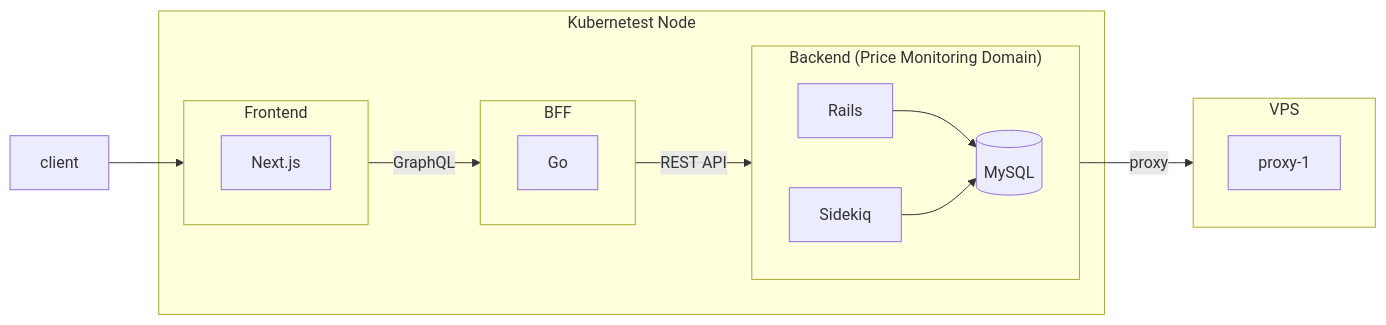
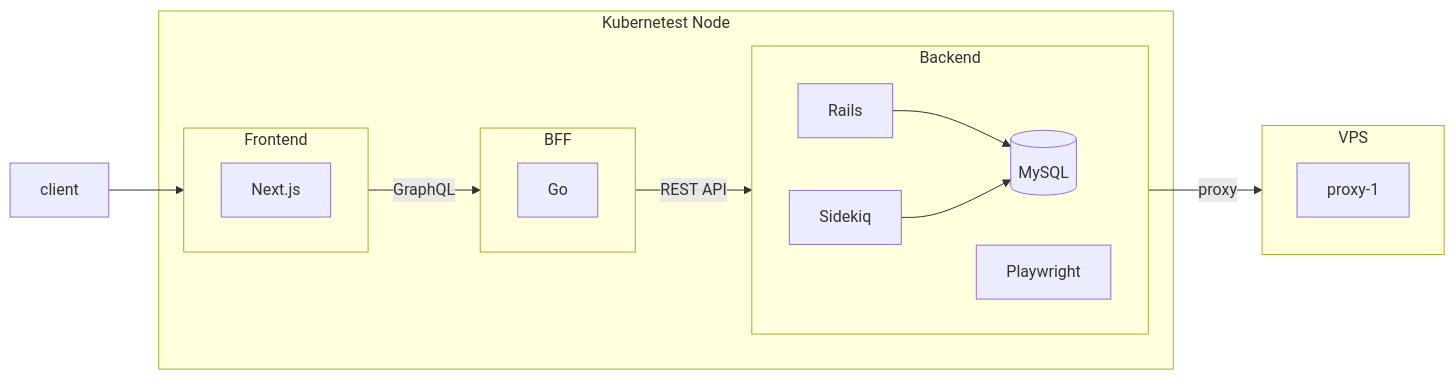
One commit to kuroweb/price-monitoring changed the first of 8 diagrams in README.md. Above: the diagram before and after it, drawn with Mermaid. The commit also changed other lines of this file, not shown here.

````diff
--- a/README.md
+++ b/README.md
@@ -38,35 +38,36 @@
 ```mermaid
 flowchart LR
 subgraph Kubernetest Node
   subgraph frontend [Frontend]
     direction LR
 
     Next.js
   end
 
   subgraph bff [BFF]
     direction LR
 
     bff_go[Go]
   end
 
-  subgraph price ["Backend (Price Monitoring Domain)"]
+  subgraph price ["Backend"]
     direction LR
 
     price_rails[Rails]
     price_rails_batch[Sidekiq]
     price_rails_mysql[(MySQL)]
+    price_playwright[Playwright]
 
     price_rails-->price_rails_mysql
     price_rails_batch-->price_rails_mysql
   end
 end
 
 subgraph VPS
   proxy-1
 end
 
 client-->frontend--GraphQL-->bff
 bff--REST API-->price
 price--proxy-->VPS
 ```
````
